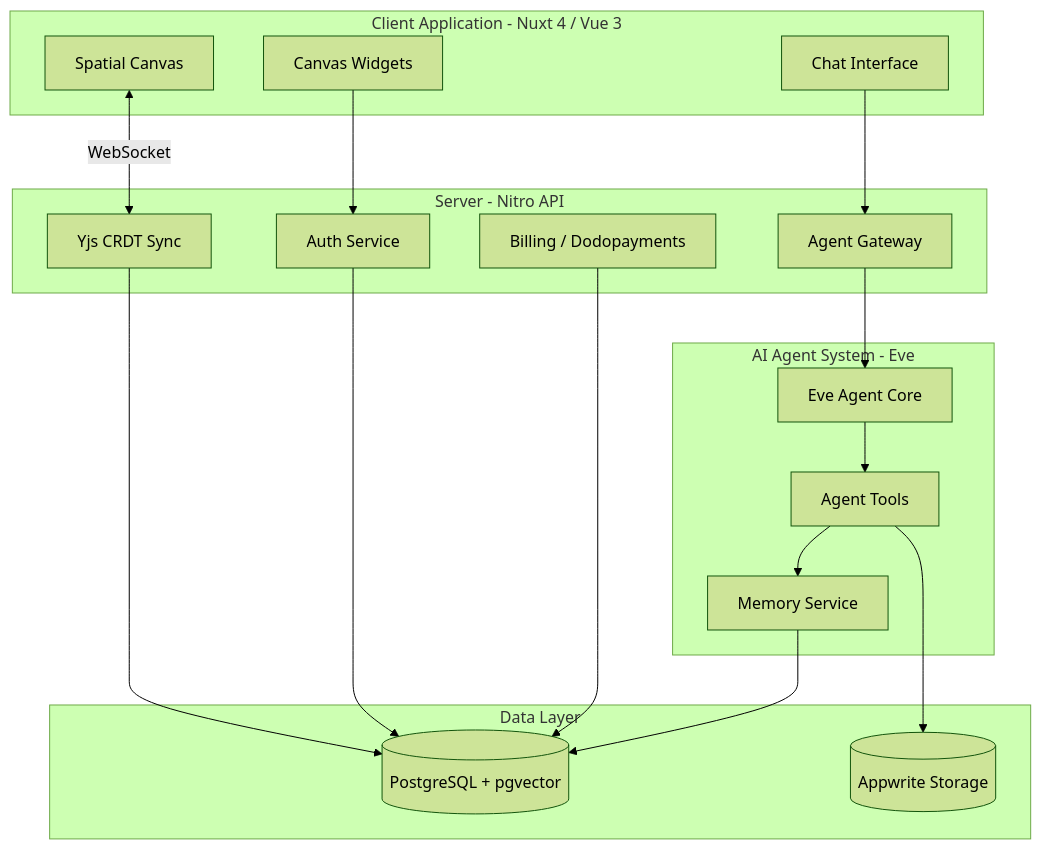
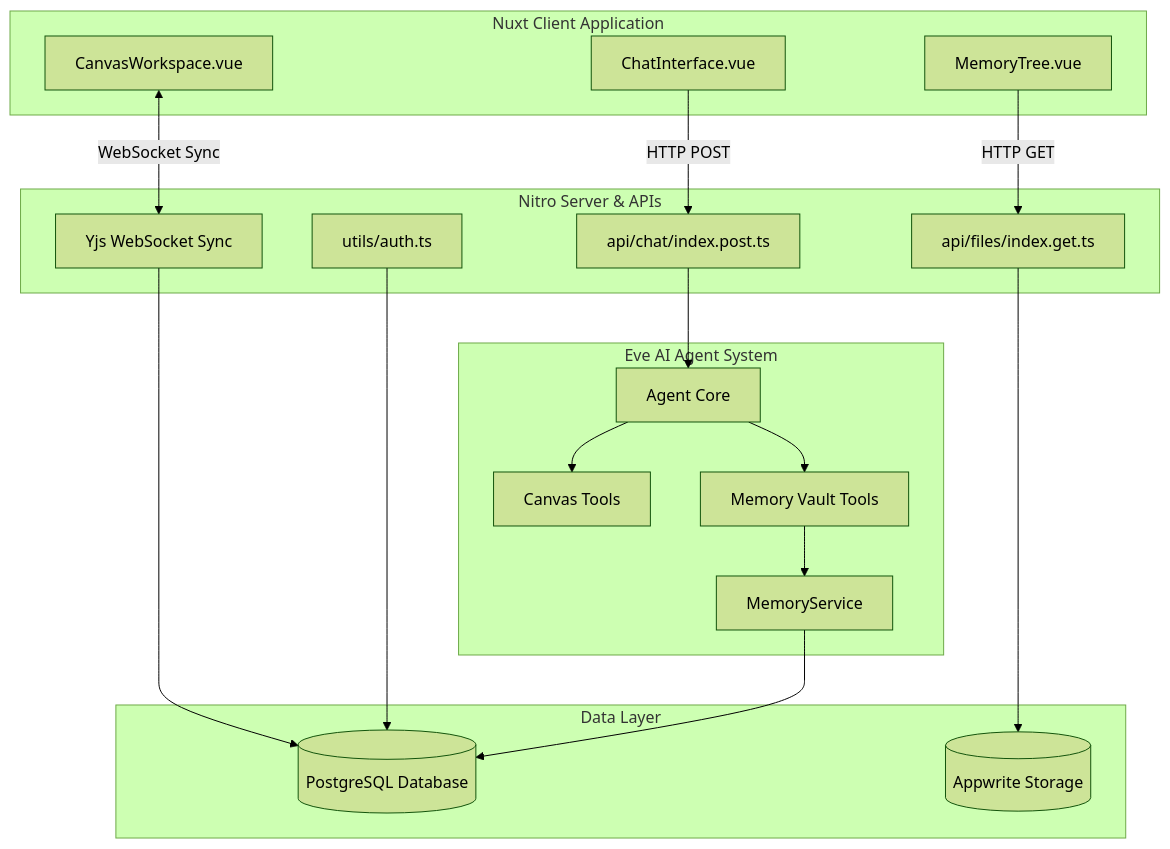
One commit to NormVg/bubbles.space changed the second of 5 diagrams in ARCHITECTURE.md. Above: the diagram before and after it, drawn with Mermaid (forest theme). The commit also changed other lines of this file, not shown here.

Commit message:
docs: update ARCHITECTURE.md using concrete service names per living-architecture skill

````diff
--- a/ARCHITECTURE.md
+++ b/ARCHITECTURE.md
@@ -15,40 +15,43 @@
 ```mermaid
 graph TD
-    subgraph ClientApp [Client Application - Nuxt 4 / Vue 3]
-        Canvas[Spatial Canvas]
-        ChatUI[Chat Interface]
-        Widgets[Canvas Widgets]
+    subgraph ClientApp [Nuxt Client Application]
+        Canvas[CanvasWorkspace.vue]
+        Chat[ChatInterface.vue]
+        Memory[MemoryTree.vue]
     end
     
-    subgraph ServerAPI [Server - Nitro API]
-        AuthSvc[Auth Service]
-        SyncSvc[Yjs CRDT Sync]
-        AgentGateway[Agent Gateway]
-        BillingSvc[Billing / Dodopayments]
+    subgraph NitroBackend [Nitro Server & APIs]
+        Auth[utils/auth.ts]
+        CRDTSync[Yjs WebSocket Sync]
+        AgentRoute[api/chat/index.post.ts]
+        FileRoute[api/files/index.get.ts]
     end
     
-    subgraph AIAgent [AI Agent System - Eve]
-        AgentCore[Eve Agent Core]
-        Tools[Agent Tools]
-        MemoryVault[Memory Service]
+    subgraph EveFramework [Eve AI Agent System]
+        EveCore[Agent Core]
+        MemorySvc[MemoryService]
+        CanvasTools[Canvas Tools]
+        MemoryTools[Memory Vault Tools]
     end
     
-    subgraph DataLayer [Data Layer]
-        PostgreSQL[(PostgreSQL + pgvector)]
+    subgraph DataStore [Data Layer]
+        PG[(PostgreSQL Database)]
         Appwrite[(Appwrite Storage)]
     end
     
-    Canvas <-->|WebSocket| SyncSvc
-    ChatUI --> AgentGateway
-    Widgets --> AuthSvc
+    Canvas <-->|WebSocket Sync| CRDTSync
+    Chat -->|HTTP POST| AgentRoute
+    Memory -->|HTTP GET| FileRoute
     
-    SyncSvc --> PostgreSQL
-    AuthSvc --> PostgreSQL
-    BillingSvc --> PostgreSQL
+    CRDTSync --> PG
+    Auth --> PG
     
-    AgentGateway --> AgentCore
-    AgentCore --> Tools
-    Tools --> MemoryVault
-    MemoryVault --> PostgreSQL
-    Tools --> Appwrite
+    AgentRoute --> EveCore
+    EveCore --> CanvasTools
+    EveCore --> MemoryTools
+    
+    MemoryTools --> MemorySvc
+    MemorySvc --> PG
+    
+    FileRoute --> Appwrite
 ```
````
